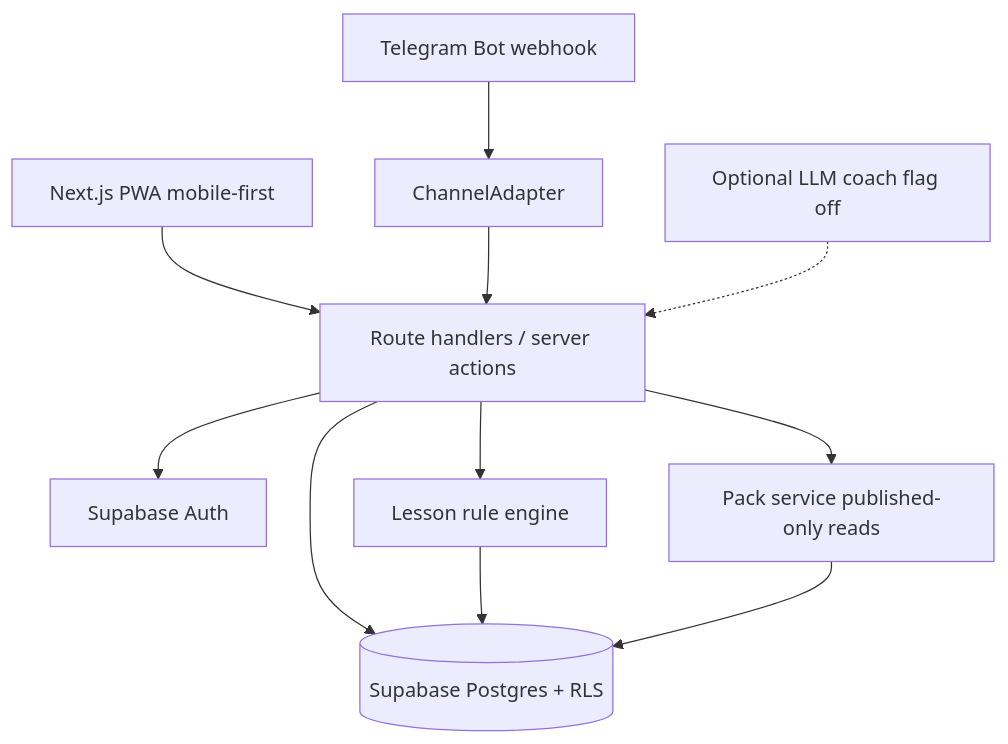
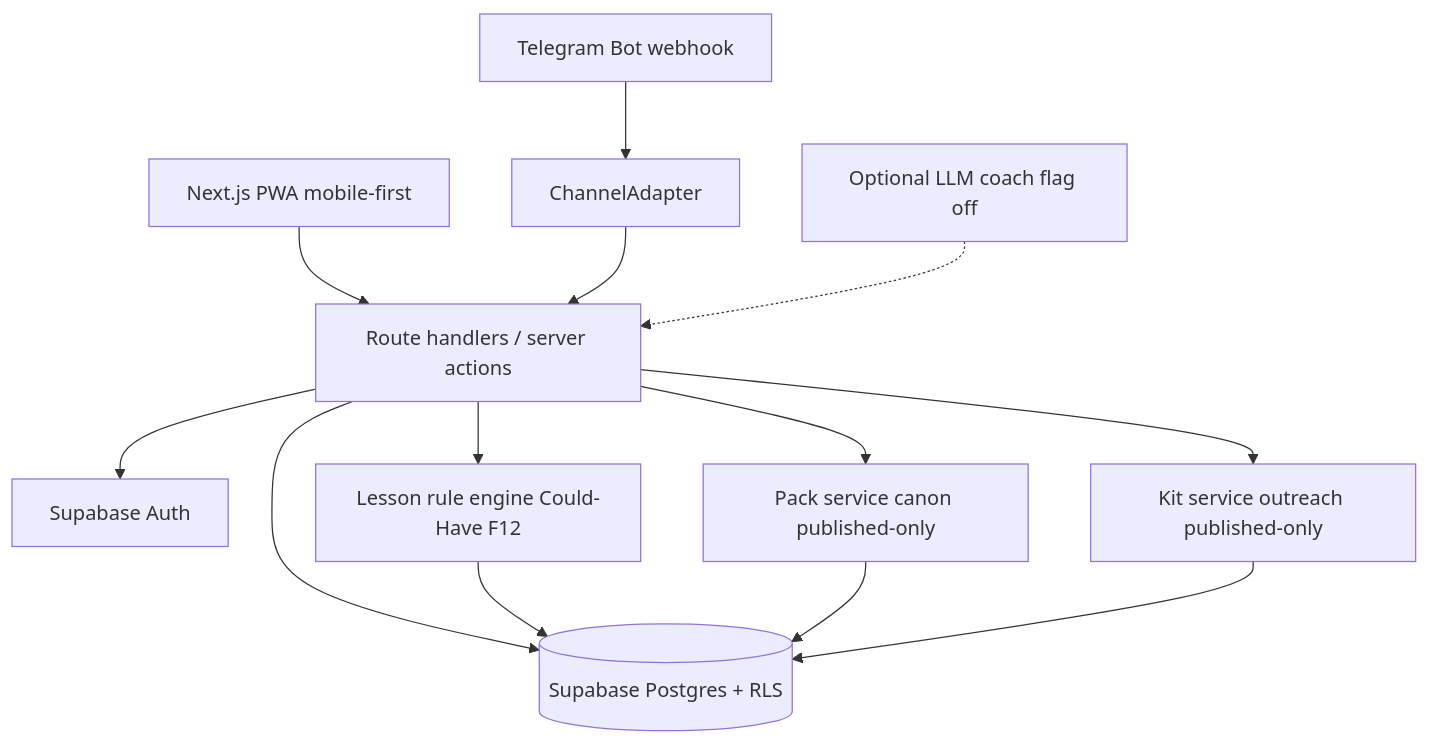
The first of 2 diagrams in docs/sdd-pollux.md (Axon-Enjin/pollux), drawn with Mermaid before and after one commit. The commit also changed other lines of this file and 49 other files, not shown here.

````diff
--- a/docs/sdd-pollux.md
+++ b/docs/sdd-pollux.md
@@ -36,13 +36,15 @@
 ```mermaid
 graph TD
     PWA[Next.js PWA mobile-first] --> API[Route handlers / server actions]
     TG[Telegram Bot webhook] --> Adapter[ChannelAdapter]
     Adapter --> API
     API --> Auth[Supabase Auth]
     API --> DB[(Supabase Postgres + RLS)]
-    API --> Rules[Lesson rule engine]
-    API --> Packs[Pack service published-only reads]
+    API --> Rules[Lesson rule engine Could-Have F12]
+    API --> Packs[Pack service canon published-only]
+    API --> Kits[Kit service outreach published-only]
     Rules --> DB
     Packs --> DB
+    Kits --> DB
     Coach[Optional LLM coach flag off] -.-> API
 ```
````
